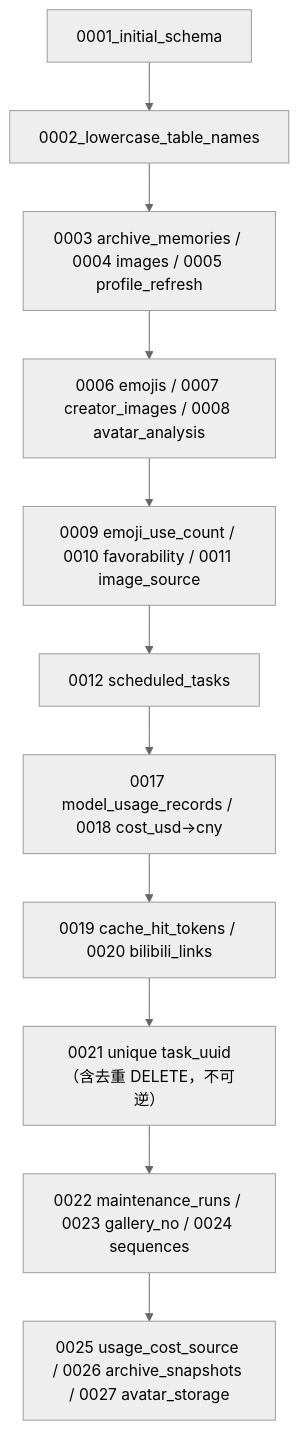
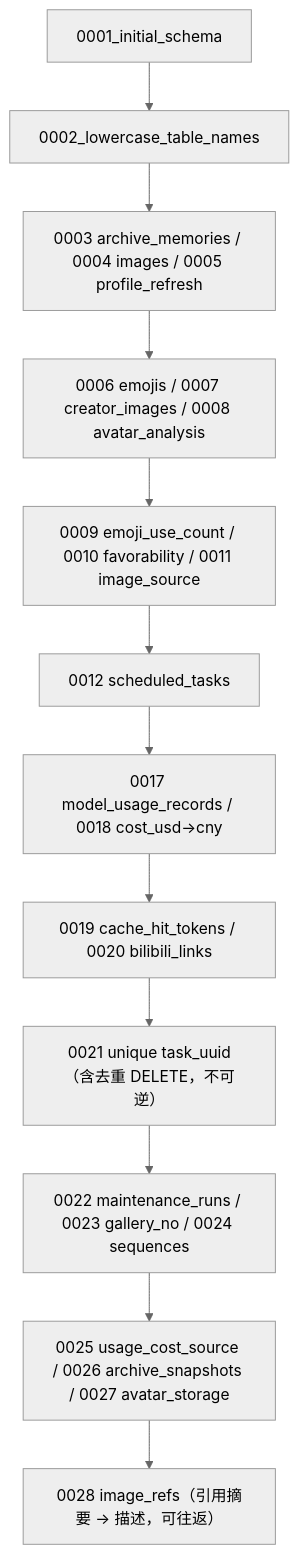
Before and after one commit to SuperQuail/NeoBot: the eighth of 9 diagrams in docs/flow/22-storage-migrations.md, drawn with Mermaid (neutral theme). The commit also changed other lines of this file and 59 other files, not shown here.

First line of the commit message:
chore(release): 发布 1.2.4-a2（缺陷修复与图片、回复优化） (#79)

````diff
--- a/docs/flow/22-storage-migrations.md
+++ b/docs/flow/22-storage-migrations.md
@@ -192,13 +197,14 @@
 ```mermaid
 flowchart TD
     A["0001_initial_schema"] --> B["0002_lowercase_table_names"]
     B --> C["0003 archive_memories / 0004 images / 0005 profile_refresh"]
     C --> D["0006 emojis / 0007 creator_images / 0008 avatar_analysis"]
     D --> E["0009 emoji_use_count / 0010 favorability / 0011 image_source"]
     E --> F["0012 scheduled_tasks"]
     F --> G["0017 model_usage_records / 0018 cost_usd->cny"]
     G --> H["0019 cache_hit_tokens / 0020 bilibili_links"]
     H --> I["0021 unique task_uuid（含去重 DELETE，不可逆）"]
     I --> J["0022 maintenance_runs / 0023 gallery_no / 0024 sequences"]
     J --> K["0025 usage_cost_source / 0026 archive_snapshots / 0027 avatar_storage"]
+    K --> L["0028 image_refs（引用摘要 → 描述，可往返）"]
 ```
````
